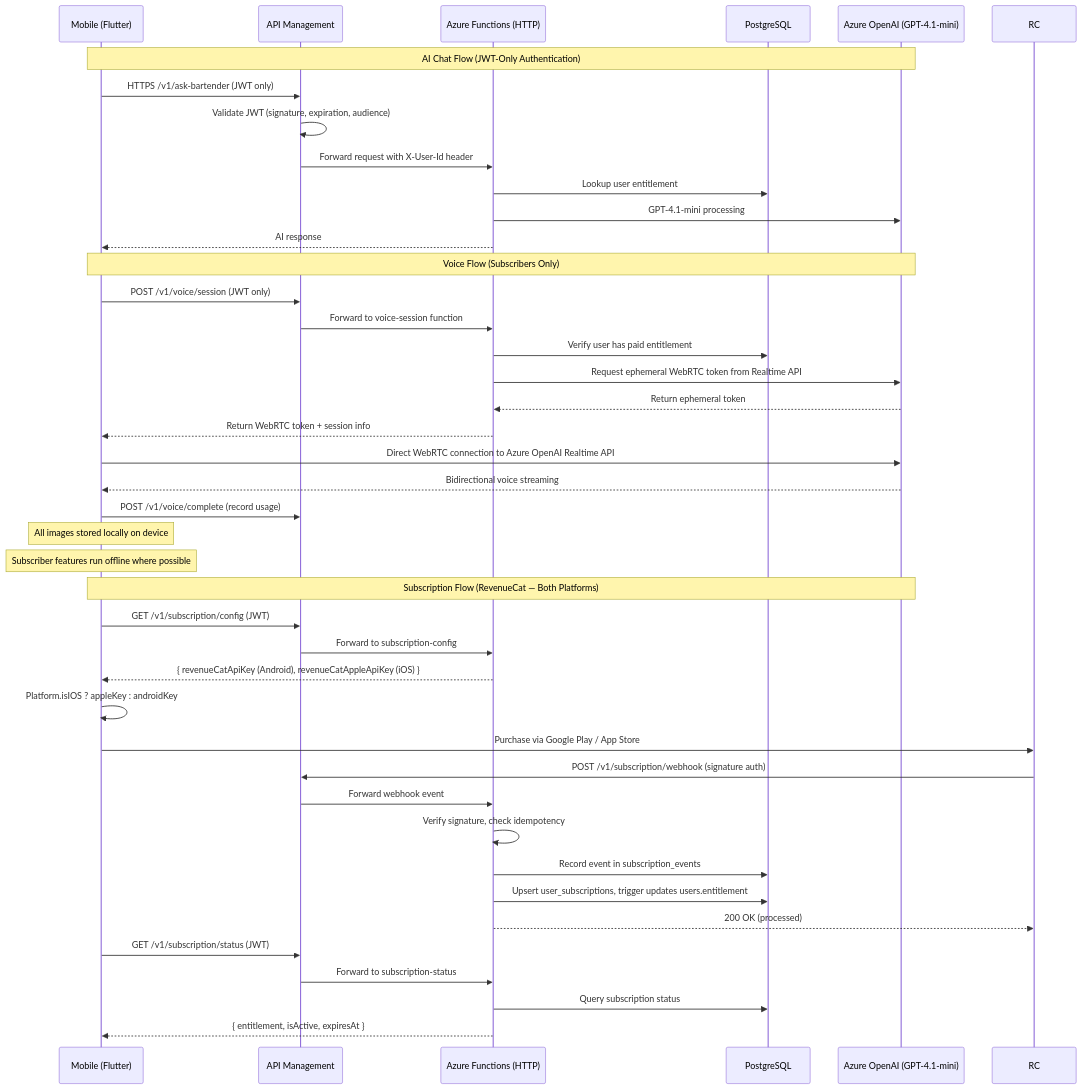
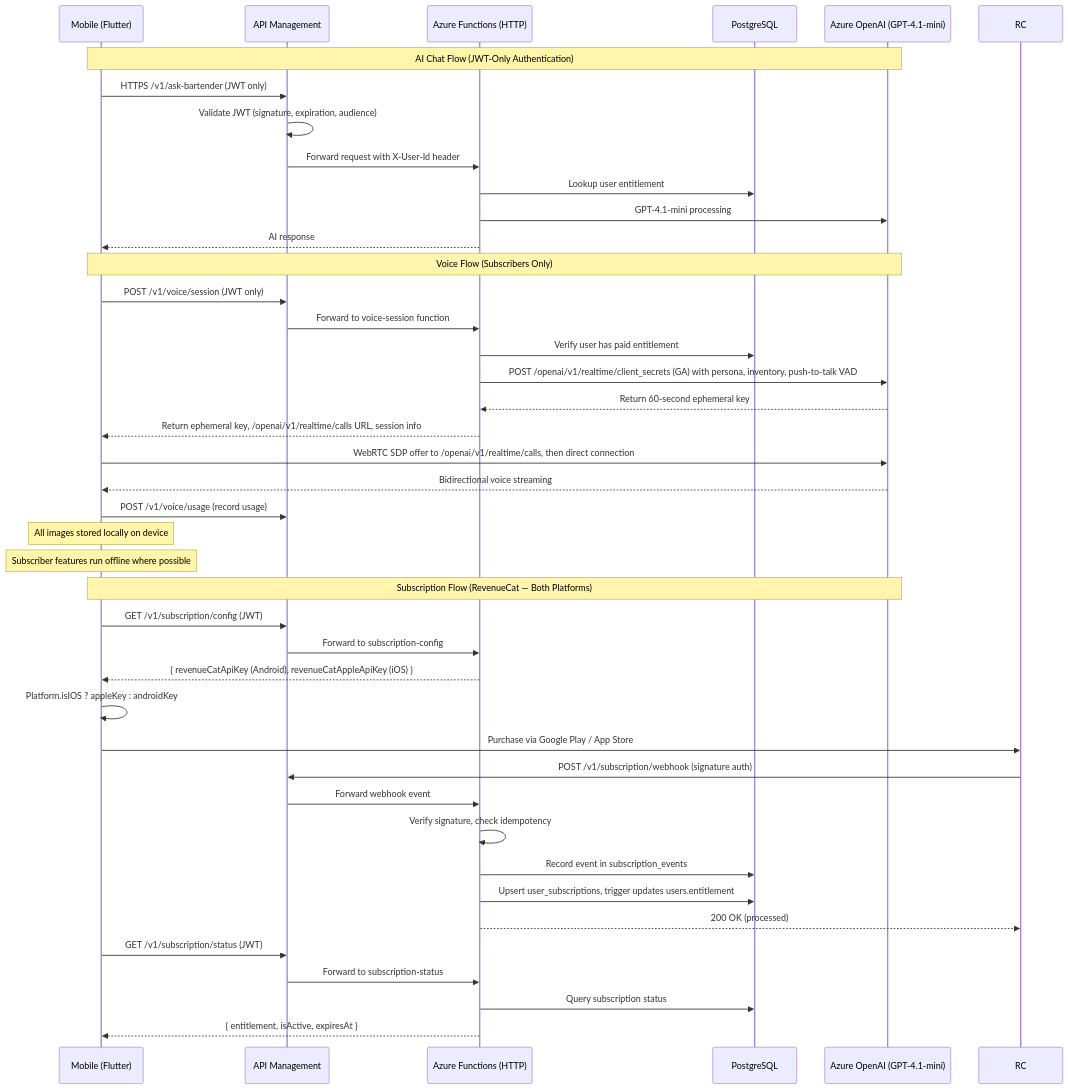
One commit to gwhitley1969/mybartenderAI-MVP changed the first of 3 diagrams in docs/ARCHITECTURE.md. Above: the diagram before and after it, drawn with Mermaid. The commit also changed other lines of this file and 11 other files, not shown here.

First line of the commit message:
fix: Voice AI on the GA Realtime API — v1.2.2+36

````diff
--- a/docs/ARCHITECTURE.md
+++ b/docs/ARCHITECTURE.md
@@ -111,47 +111,47 @@
 ```mermaid
 sequenceDiagram
   participant M as Mobile (Flutter)
   participant APIM as API Management
   participant F as Azure Functions (HTTP)
   participant DB as PostgreSQL
   participant AI as Azure OpenAI (GPT-4.1-mini)
 
   Note over M,AI: AI Chat Flow (JWT-Only Authentication)
   M->>APIM: HTTPS /v1/ask-bartender (JWT only)
   APIM->>APIM: Validate JWT (signature, expiration, audience)
   APIM->>F: Forward request with X-User-Id header
   F->>DB: Lookup user entitlement
   F->>AI: GPT-4.1-mini processing
   F-->>M: AI response
 
   Note over M,AI: Voice Flow (Subscribers Only)
   M->>APIM: POST /v1/voice/session (JWT only)
   APIM->>F: Forward to voice-session function
   F->>DB: Verify user has paid entitlement
-  F->>AI: Request ephemeral WebRTC token from Realtime API
-  AI-->>F: Return ephemeral token
-  F-->>M: Return WebRTC token + session info
-  M->>AI: Direct WebRTC connection to Azure OpenAI Realtime API
+  F->>AI: POST /openai/v1/realtime/client_secrets (GA) with persona, inventory, push-to-talk VAD
+  AI-->>F: Return 60-second ephemeral key
+  F-->>M: Return ephemeral key, /openai/v1/realtime/calls URL, session info
+  M->>AI: WebRTC SDP offer to /openai/v1/realtime/calls, then direct connection
   AI-->>M: Bidirectional voice streaming
-  M->>APIM: POST /v1/voice/complete (record usage)
+  M->>APIM: POST /v1/voice/usage (record usage)
 
   Note over M: All images stored locally on device
   Note over M: Subscriber features run offline where possible
 
   Note over M,AI: Subscription Flow (RevenueCat — Both Platforms)
   M->>APIM: GET /v1/subscription/config (JWT)
   APIM->>F: Forward to subscription-config
   F-->>M: { revenueCatApiKey (Android), revenueCatAppleApiKey (iOS) }
   M->>M: Platform.isIOS ? appleKey : androidKey
   M->>RC: Purchase via Google Play / App Store
   RC->>APIM: POST /v1/subscription/webhook (signature auth)
   APIM->>F: Forward webhook event
   F->>F: Verify signature, check idempotency
   F->>DB: Record event in subscription_events
   F->>DB: Upsert user_subscriptions, trigger updates users.entitlement
   F-->>RC: 200 OK (processed)
   M->>APIM: GET /v1/subscription/status (JWT)
   APIM->>F: Forward to subscription-status
   F->>DB: Query subscription status
   F-->>M: { entitlement, isActive, expiresAt }
 ```
````
